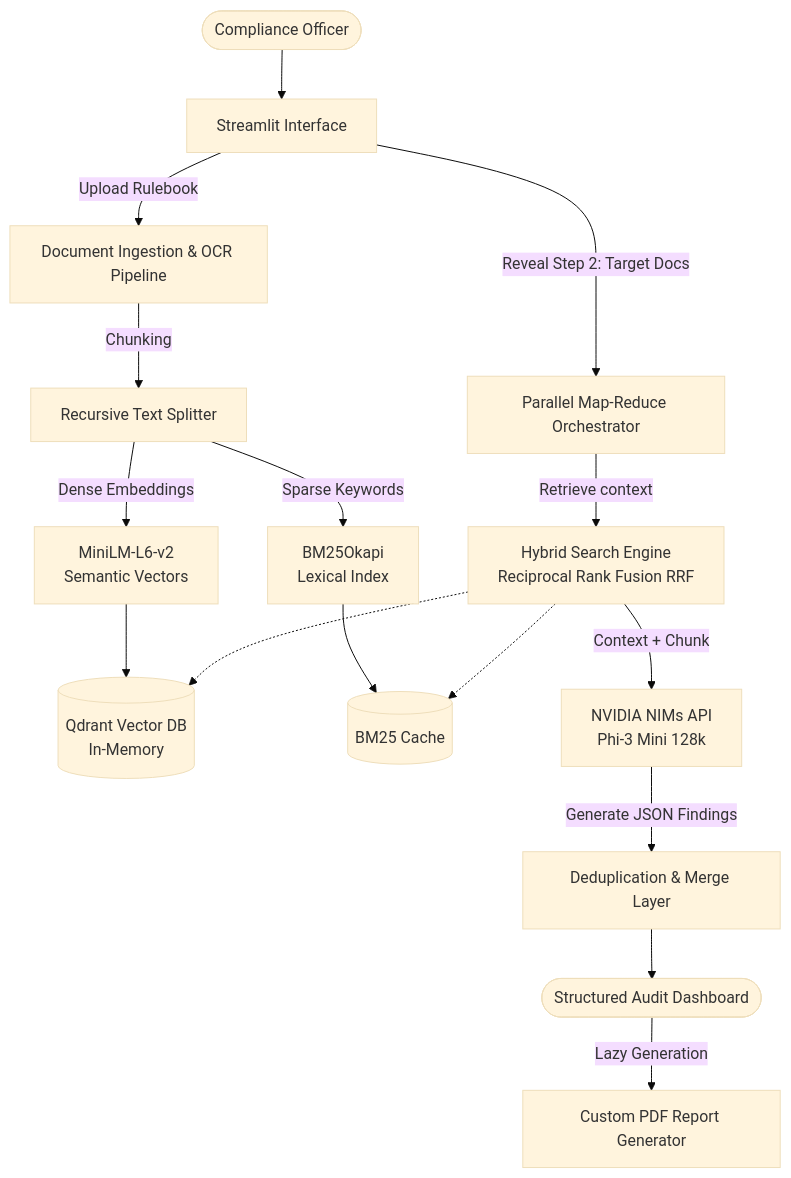
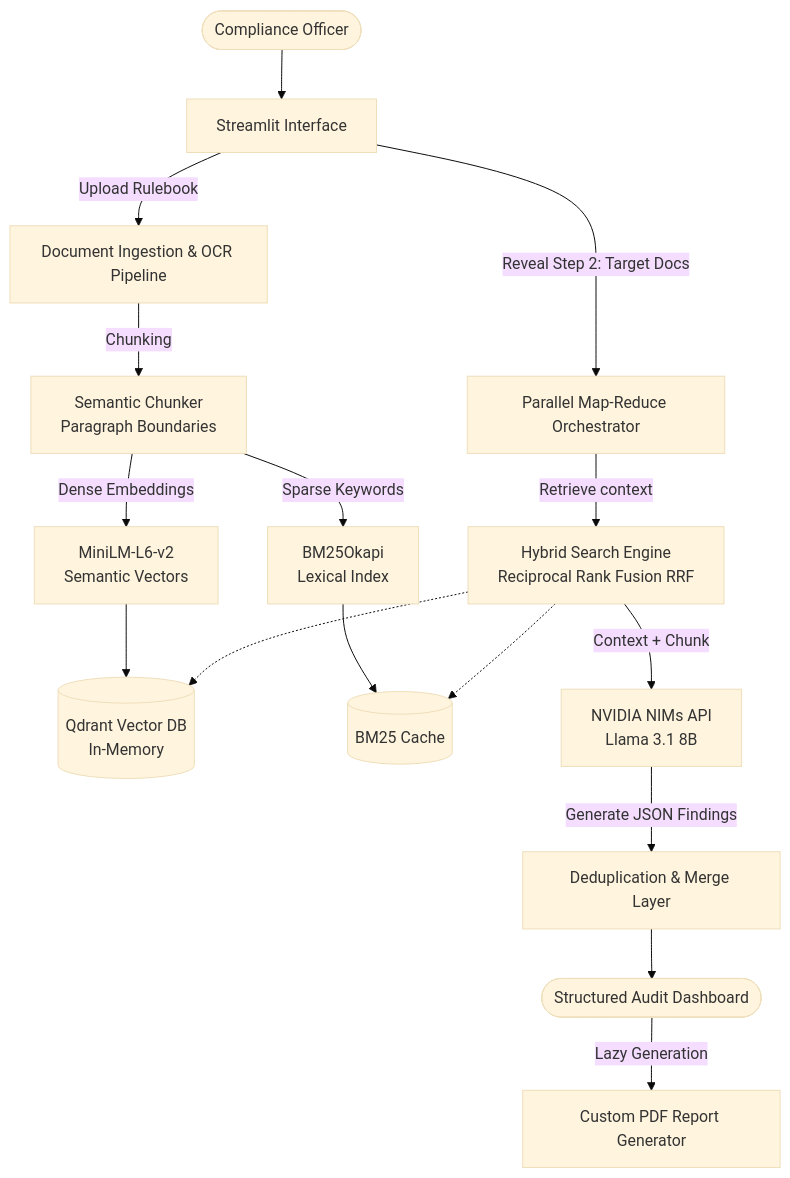
The diagram in README.md (G-Narendra/Compilance-Agent), drawn with Mermaid (base theme) before and after one commit. The commit also changed other lines of this file, not shown here.

````diff
--- a/README.md
+++ b/README.md
@@ -26,23 +28,23 @@
 ```mermaid
 graph TD
     User([Compliance Officer]) --> UI[Streamlit Interface]
     UI --> |Upload Rulebook| Ingest[Document Ingestion & OCR Pipeline]
     
-    Ingest --> |Chunking| Split[Recursive Text Splitter]
+    Ingest --> |Chunking| Split[Semantic Chunker<br/>Paragraph Boundaries]
     Split --> |Dense Embeddings| Encoder[MiniLM-L6-v2<br/>Semantic Vectors]
     Split --> |Sparse Keywords| BM25[BM25Okapi<br/>Lexical Index]
     
     Encoder --> Qdrant[(Qdrant Vector DB<br/>In-Memory)]
     BM25 --> MemCache[(BM25 Cache)]
     
     UI --> |Reveal Step 2: Target Docs| MapReduce[Parallel Map-Reduce Orchestrator]
     
     MapReduce --> |Retrieve context| Hybrid[Hybrid Search Engine<br/>Reciprocal Rank Fusion RRF]
     Hybrid -.-> Qdrant
     Hybrid -.-> MemCache
     
-    Hybrid --> |Context + Chunk| LLM[NVIDIA NIMs API<br/>Phi-3 Mini 128k]
+    Hybrid --> |Context + Chunk| LLM[NVIDIA NIMs API<br/>Llama 3.1 8B]
     LLM --> |Generate JSON Findings| Agg[Deduplication & Merge Layer]
     Agg --> Report([Structured Audit Dashboard])
     Report --> |Lazy Generation| PDF[Custom PDF Report Generator]
 ```
````
